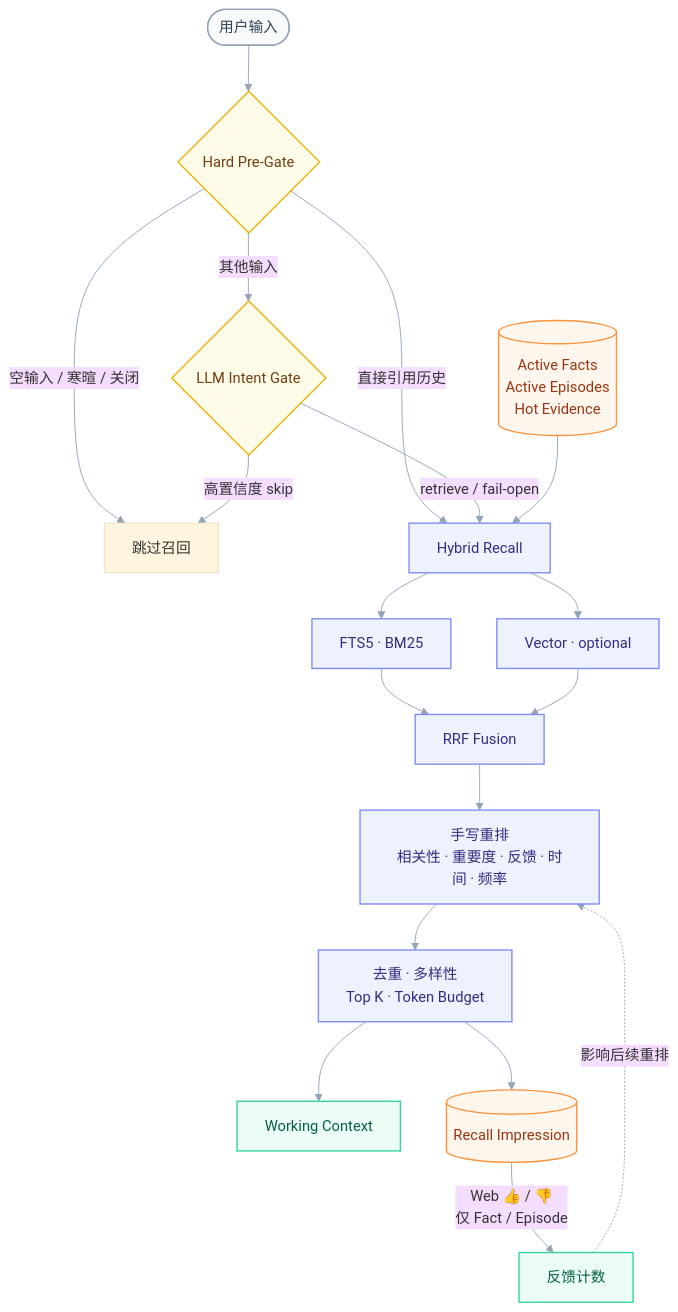
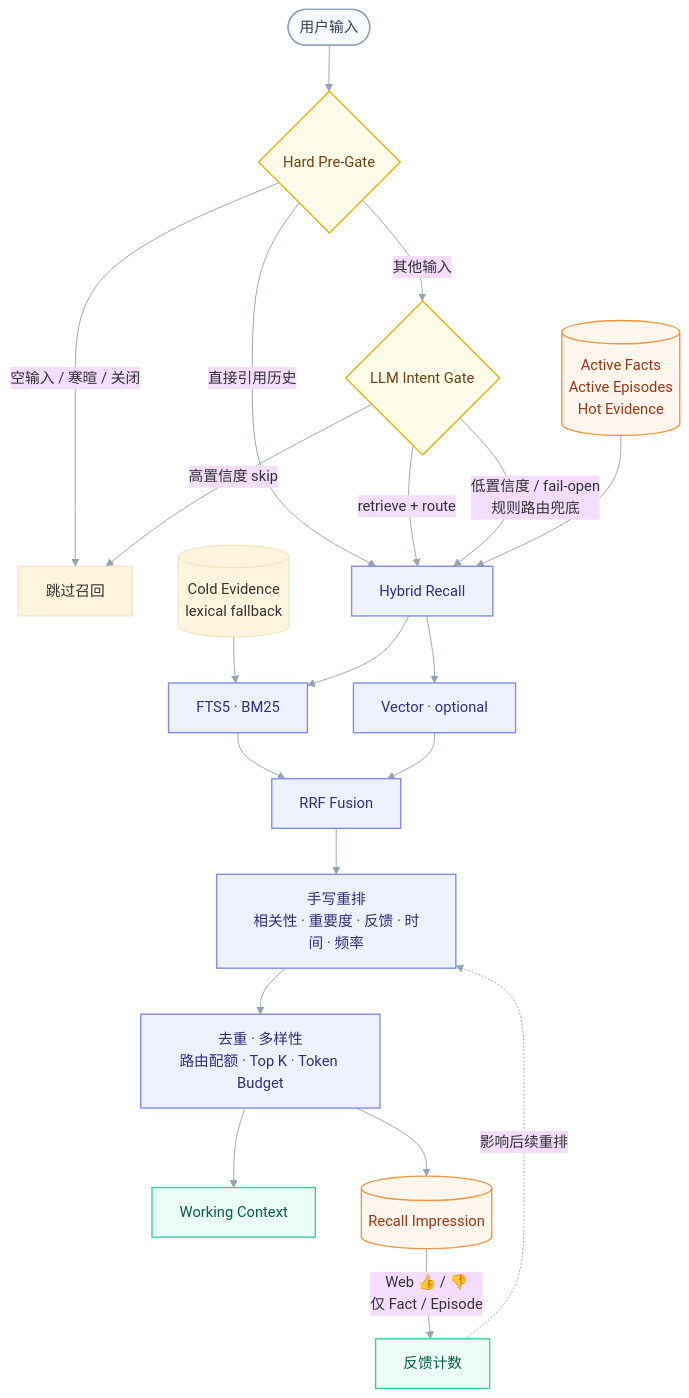
One commit to zzjzzjzzj423/gugugaga-Agent changed the fourth of 5 diagrams in README.md. Above: the diagram before and after it, drawn with Mermaid. The commit also changed other lines of this file and 14 other files, not shown here.

````diff
--- a/README.md
+++ b/README.md
@@ -364,34 +370,36 @@
 ```mermaid
 %%{init: {"theme":"base","themeVariables":{"fontFamily":"Inter, Segoe UI, Microsoft YaHei","lineColor":"#94A3B8","clusterBkg":"#F8FAFC","clusterBorder":"#E2E8F0"}}}%%
 flowchart TB
     Q(["用户输入"]) --> P{"Hard Pre-Gate"}
     P -->|"空输入 / 寒暄 / 关闭"| SKIP["跳过召回"]
     P -->|"直接引用历史"| H["Hybrid Recall"]
     P -->|"其他输入"| IG{"LLM Intent Gate"}
     IG -->|"高置信度 skip"| SKIP
-    IG -->|"retrieve / fail-open"| H
+    IG -->|"retrieve + route"| H
+    IG -->|"低置信度 / fail-open<br/>规则路由兜底"| H
 
     C[("Active Facts<br/>Active Episodes<br/>Hot Evidence")] --> H
+    CE[("Cold Evidence<br/>lexical fallback")] --> B
     H --> B["FTS5 · BM25"]
     H --> V["Vector · optional"]
     B --> R["RRF Fusion"]
     V --> R
     R --> RR["手写重排<br/>相关性 · 重要度 · 反馈 · 时间 · 频率"]
-    RR --> S["去重 · 多样性<br/>Top K · Token Budget"]
+    RR --> S["去重 · 多样性<br/>路由配额 · Top K · Token Budget"]
     S --> WC["Working Context"]
     S --> RI[("Recall Impression")]
     RI -->|"Web 👍 / 👎<br/>仅 Fact / Episode"| FB["反馈计数"]
     FB -.->|"影响后续重排"| RR
 
     classDef input fill:#F8FAFC,stroke:#94A3B8,color:#334155,stroke-width:1.5px;
     classDef process fill:#EEF2FF,stroke:#818CF8,color:#312E81,stroke-width:1.5px;
     classDef decision fill:#FEFCE8,stroke:#EAB308,color:#713F12,stroke-width:1.5px;
     classDef memory fill:#FFF7ED,stroke:#FB923C,color:#9A3412,stroke-width:1.5px;
     classDef success fill:#ECFDF5,stroke:#34D399,color:#065F46,stroke-width:1.5px;
 
     class Q input;
     class P,IG decision;
     class H,B,V,R,RR,S process;
     class C,RI memory;
     class WC,FB success;
 ```
````
